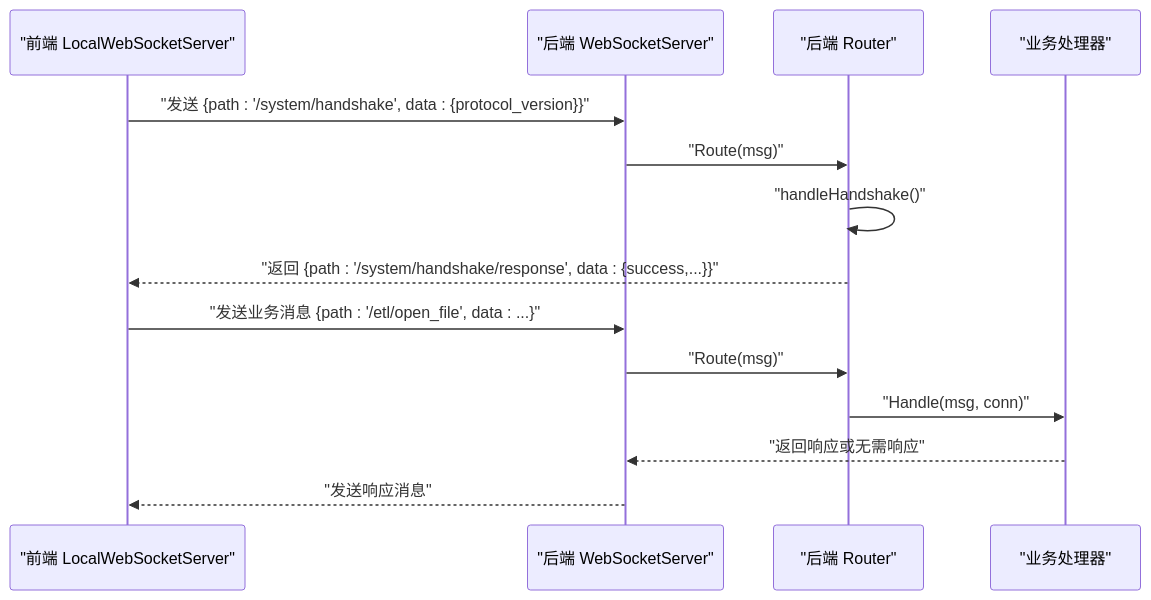
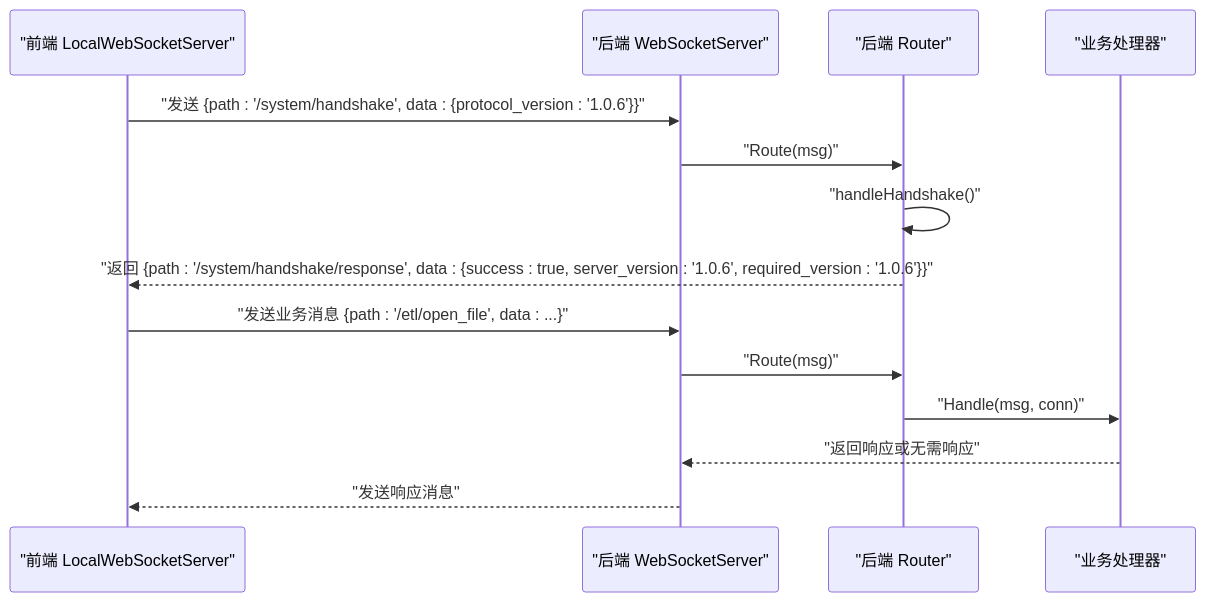
Before and after one commit to kqcoxn/MaaPipelineEditor: the fifth of 6 diagrams in .qoder/repowiki/zh/content/服务层架构/WebSocket 服务器.md, drawn with Mermaid. The commit also changed other lines of this file and 37 other files, not shown here.

````diff
--- a/.qoder/repowiki/zh/content/服务层架构/WebSocket 服务器.md
+++ b/.qoder/repowiki/zh/content/服务层架构/WebSocket 服务器.md
@@ -327,16 +385,16 @@
 ```mermaid
 sequenceDiagram
 participant FE as "前端 LocalWebSocketServer"
 participant WS as "后端 WebSocketServer"
 participant RT as "后端 Router"
 participant HD as "业务处理器"
-FE->>WS : "发送 {path : '/system/handshake', data : {protocol_version}}"
+FE->>WS : "发送 {path : '/system/handshake', data : {protocol_version : '1.0.6'}}"
 WS->>RT : "Route(msg)"
 RT->>RT : "handleHandshake()"
-RT-->>FE : "返回 {path : '/system/handshake/response', data : {success,...}}"
+RT-->>FE : "返回 {path : '/system/handshake/response', data : {success : true, server_version : '1.0.6', required_version : '1.0.6'}}"
 FE->>WS : "发送业务消息 {path : '/etl/open_file', data : ...}"
 WS->>RT : "Route(msg)"
 RT->>HD : "Handle(msg, conn)"
 HD-->>WS : "返回响应或无需响应"
 WS-->>FE : "发送响应消息"
 ```
````
